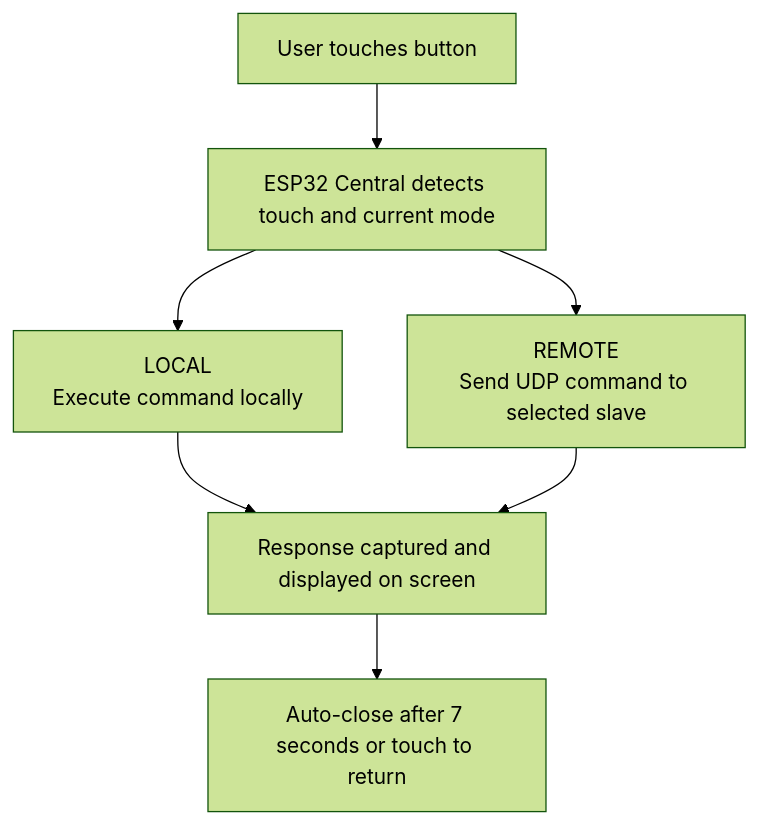
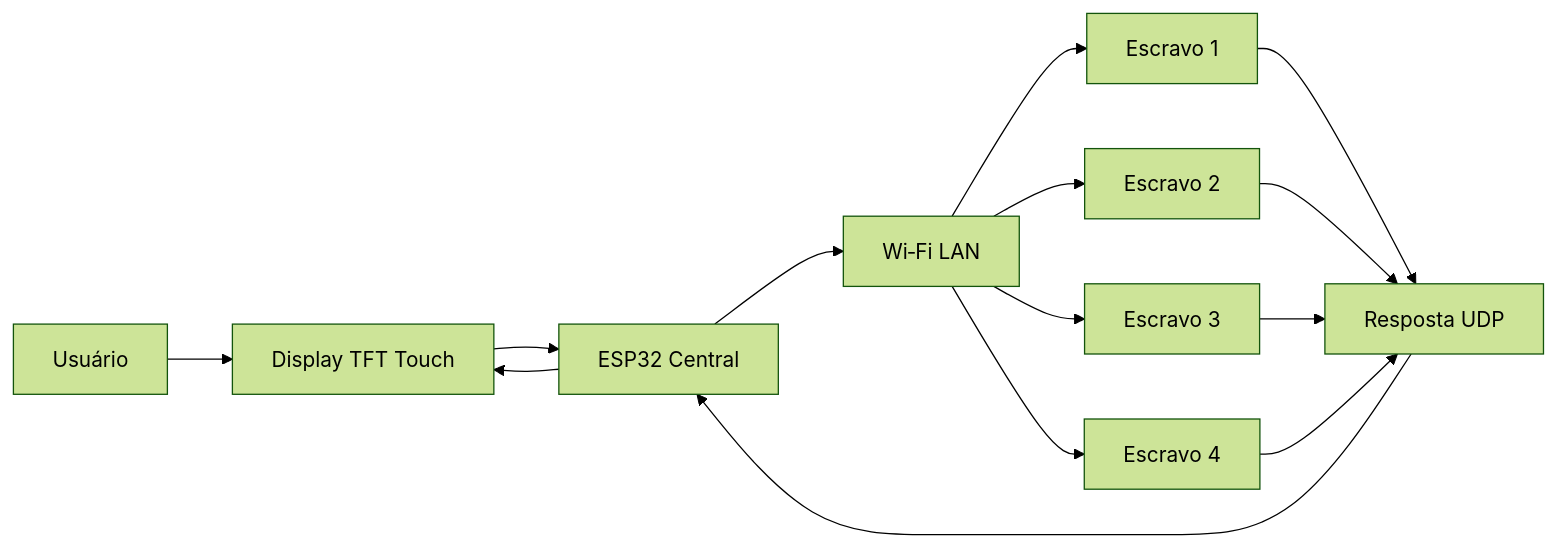
Before and after one commit to paulocfmarques-collab/esp32_central: the diagram in README.md, drawn with Mermaid (forest theme). The commit also changed other lines of this file and 1 other file, not shown here.

````diff
--- a/README.md
+++ b/README.md
@@ -264,16 +60,19 @@
 ```mermaid
-flowchart TD
-    A[User touches button]
-    B[ESP32 Central detects touch and current mode]
-    C[LOCAL<br/>Execute command locally]
-    D[REMOTE<br/>Send UDP command to selected slave]
-    E[Response captured and displayed on screen]
-    F[Auto-close after 7 seconds or touch to return]
+graph LR
+    A[Usuário] --> B[Display TFT Touch]
+    B --> C[ESP32 Central]
+    C --> D[Wi‑Fi LAN]
 
-    A --> B
-    B --> C
-    B --> D
-    C --> E
-    D --> E
-    E --> F
+    D --> E[Escravo 1]
+    D --> F[Escravo 2]
+    D --> G[Escravo 3]
+    D --> H[Escravo 4]
+
+    E --> I[Resposta UDP]
+    F --> I
+    G --> I
+    H --> I
+
+    I --> C
+    C --> B
 ```
````
